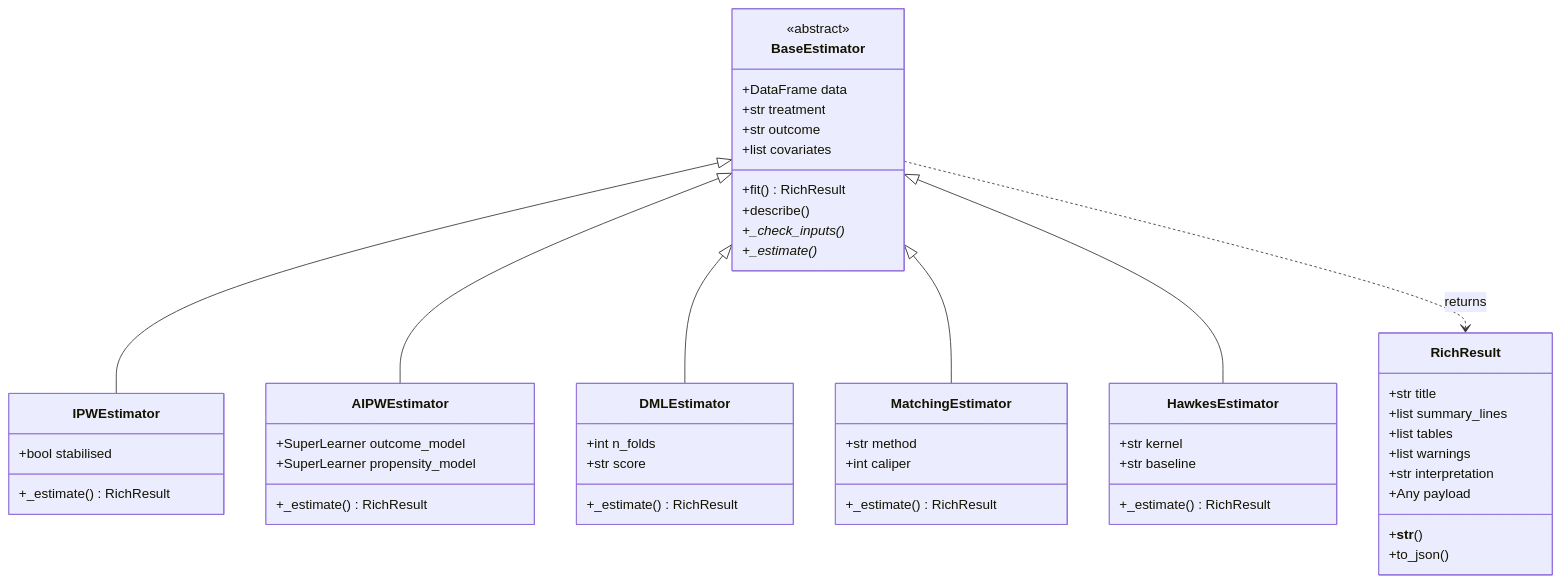
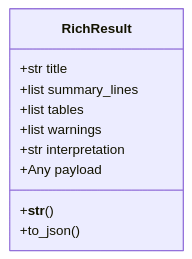
Before and after one commit to rootcoder007/morie: the first of 4 diagrams in docs/source/architecture.md, drawn with Mermaid. The commit also changed other lines of this file, not shown here.

Commit message:
docs: update architecture diagram

````diff
--- a/docs/source/architecture.md
+++ b/docs/source/architecture.md
@@ -16,58 +17,13 @@
 ```{mermaid}
 classDiagram
   class RichResult {
     +str title
     +list summary_lines
     +list tables
     +list warnings
     +str interpretation
     +Any payload
     +__str__()
     +to_json()
   }
-
-  class BaseEstimator {
-    <<abstract>>
-    +DataFrame data
-    +str treatment
-    +str outcome
-    +list covariates
-    +fit() RichResult
-    +describe()
-    +_check_inputs()*
-    +_estimate()*
-  }
-
-  class IPWEstimator {
-    +bool stabilised
-    +_estimate() RichResult
-  }
-  class AIPWEstimator {
-    +SuperLearner outcome_model
-    +SuperLearner propensity_model
-    +_estimate() RichResult
-  }
-  class DMLEstimator {
-    +int n_folds
-    +str score
-    +_estimate() RichResult
-  }
-  class MatchingEstimator {
-    +str method
-    +int caliper
-    +_estimate() RichResult
-  }
-  class HawkesEstimator {
-    +str kernel
-    +str baseline
-    +_estimate() RichResult
-  }
-
-  BaseEstimator <|-- IPWEstimator
-  BaseEstimator <|-- AIPWEstimator
-  BaseEstimator <|-- DMLEstimator
-  BaseEstimator <|-- MatchingEstimator
-  BaseEstimator <|-- HawkesEstimator
-
-  BaseEstimator ..> RichResult : returns
 ```
````
